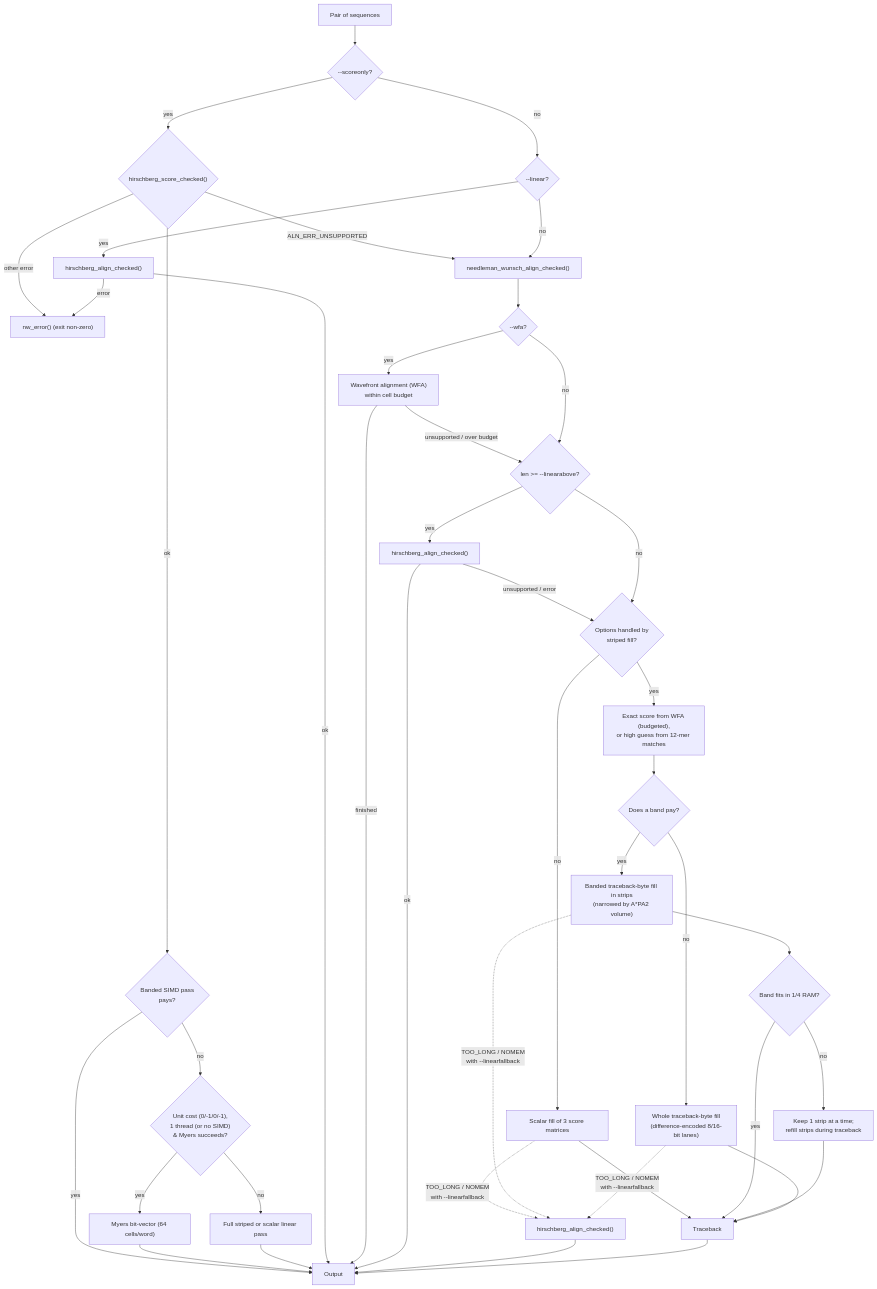
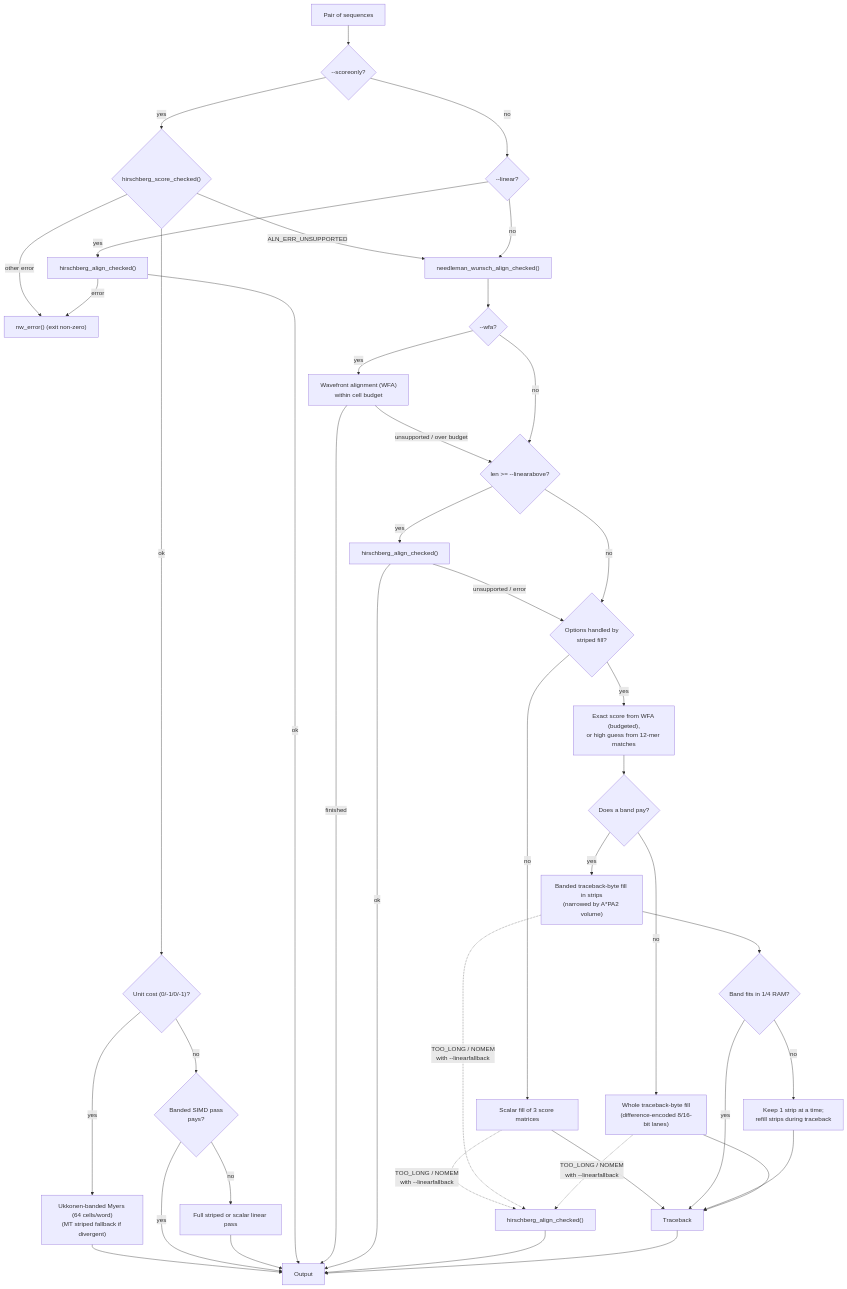
The diagram in docs/performance.md (DanielTillett/nucleics-align), drawn with Mermaid before and after one commit. The commit also changed other lines of this file and 16 other files, not shown here.

````diff
--- a/docs/performance.md
+++ b/docs/performance.md
@@ -11,41 +11,41 @@
 ```mermaid
 flowchart TD
     A[Pair of sequences] --> S0{"--scoreonly?"}
     S0 -- yes --> HS0{"hirschberg_score_checked()"}
     HS0 -- ALN_ERR_UNSUPPORTED --> NW
     HS0 -- other error --> ERR["nw_error() (exit non-zero)"]
-    HS0 -- ok --> HB{"Banded SIMD pass<br/>pays?"}
-    HB -- yes --> DONE[Output]
-    HB -- no --> MY{"Unit cost (0/-1/0/-1),<br/>1 thread (or no SIMD)<br/>& Myers succeeds?"}
-    MY -- yes --> MYR["Myers bit-vector (64 cells/word)"] --> DONE
-    MY -- no --> FULLS["Full striped or scalar linear pass"] --> DONE
+    HS0 -- ok --> MY{"Unit cost (0/-1/0/-1)?"}
+    MY -- yes --> MYR["Ukkonen-banded Myers (64 cells/word)<br/>(MT striped fallback if divergent)"] --> DONE[Output]
+    MY -- no --> HB{"Banded SIMD pass<br/>pays?"}
+    HB -- yes --> DONE
+    HB -- no --> FULLS["Full striped or scalar linear pass"] --> DONE
 
     S0 -- no --> L0{"--linear?"}
     L0 -- yes --> L1["hirschberg_align_checked()"]
     L1 -- ok --> DONE
     L1 -- error --> ERR["nw_error() (exit non-zero)"]
 
     L0 -- no --> NW["needleman_wunsch_align_checked()"]
     NW --> W0{"--wfa?"}
     W0 -- yes --> WA["Wavefront alignment (WFA)<br/>within cell budget"]
     WA -- finished --> DONE
     WA -- "unsupported / over budget" --> LA
     W0 -- no --> LA{"len >= --linearabove?"}
     LA -- yes --> LAH["hirschberg_align_checked()"]
     LAH -- ok --> DONE
     LAH -- "unsupported / error" --> C
     LA -- no --> C{Options handled by<br/>striped fill?}
     C -- no --> S[Scalar fill of 3 score matrices] --> T[Traceback]
     C -- yes --> W["Exact score from WFA (budgeted),<br/>or high guess from 12-mer matches"]
     W --> D{Does a band pay?}
     D -- yes --> E["Banded traceback-byte fill in strips<br/>(narrowed by A*PA2 volume)"]
     D -- no --> F["Whole traceback-byte fill<br/>(difference-encoded 8/16-bit lanes)"]
     E --> G{Band fits in 1/4 RAM?}
     G -- yes --> T
     G -- no --> K["Keep 1 strip at a time;<br/>refill strips during traceback"] --> T
     F --> T
     S -. "TOO_LONG / NOMEM<br/>with --linearfallback" .-> LFB["hirschberg_align_checked()"] --> DONE
     E -. "TOO_LONG / NOMEM<br/>with --linearfallback" .-> LFB
     F -. "TOO_LONG / NOMEM<br/>with --linearfallback" .-> LFB
     T --> DONE
 ```
````
